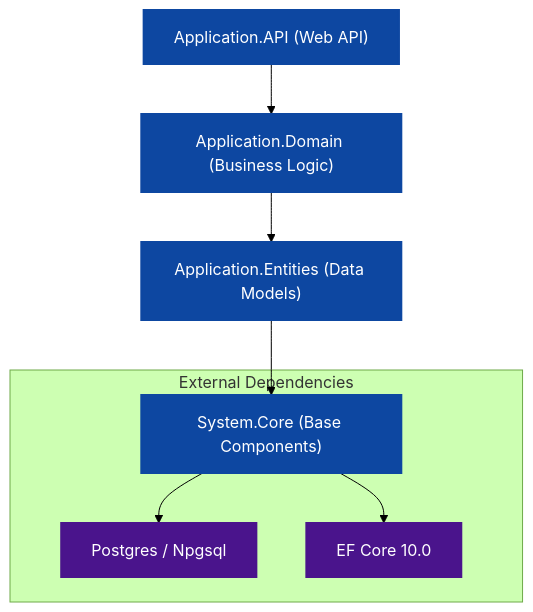
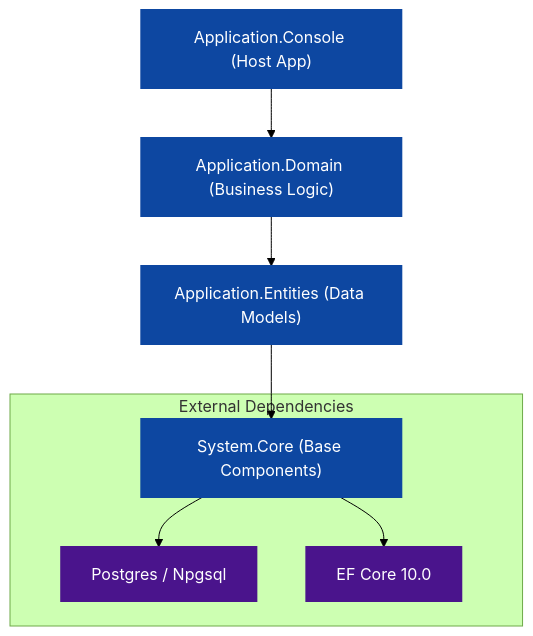
The diagram in README.md (nafis-sadik/DingTechTest), drawn with Mermaid (forest theme) before and after one commit. The commit also changed other lines of this file and 27 other files, not shown here.

Commit message:
Trim down to console application and deposit + withdraw + transfer done in AccountService

````diff
--- a/README.md
+++ b/README.md
@@ -69,17 +68,17 @@
 ```mermaid
 graph TD
-    API["Application.API (Web API)"] 
-    API --> Domain["Application.Domain (Business Logic)"]
+    Console["Application.Console (Host App)"] 
+    Console --> Domain["Application.Domain (Business Logic)"]
     Domain --> Entities["Application.Entities (Data Models)"]
     Entities --> Core["System.Core (Base Components)"]
     
     subgraph "External Dependencies"
         Core --> Postgres["Postgres / Npgsql"]
         Core --> EF["EF Core 10.0"]
     end
 
     classDef primary fill:#0d47a1,stroke:#0d47a1,color:#fff,stroke-width:2px;
     classDef secondary fill:#4a148c,stroke:#4a148c,color:#fff,stroke-width:2px;
-    class API,Domain,Entities,Core primary;
+    class Console,Domain,Entities,Core primary;
     class Postgres,EF secondary;
 ```
````
